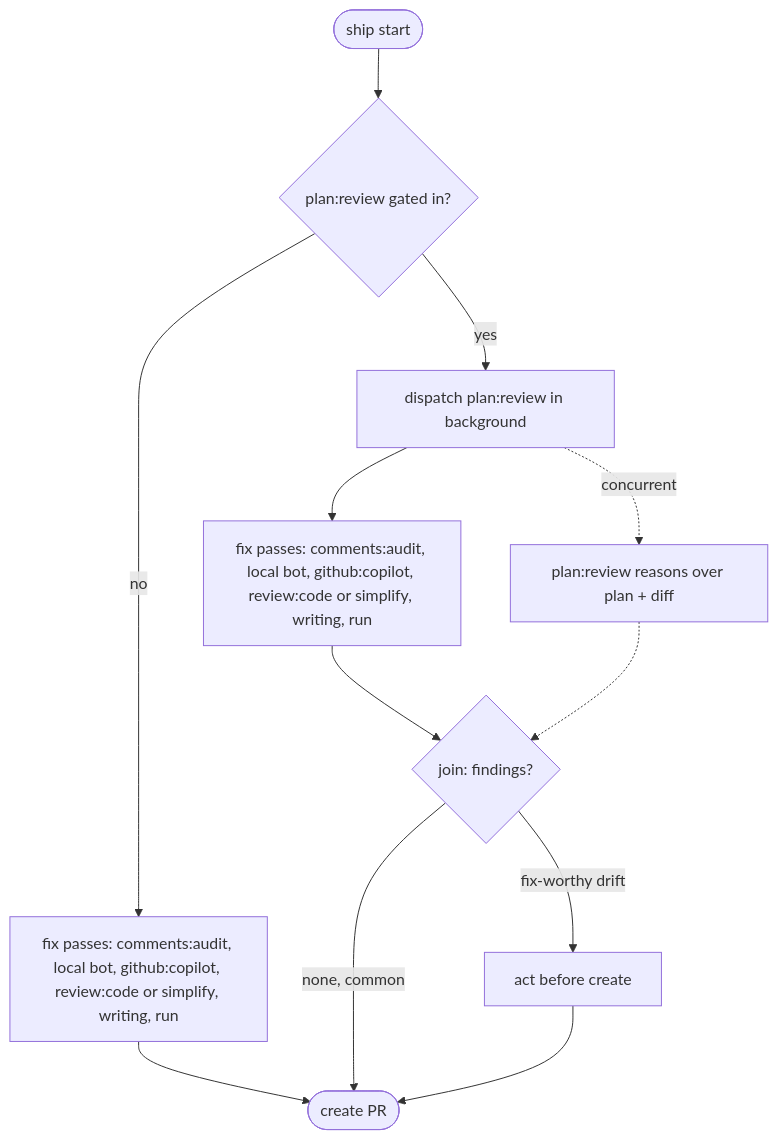
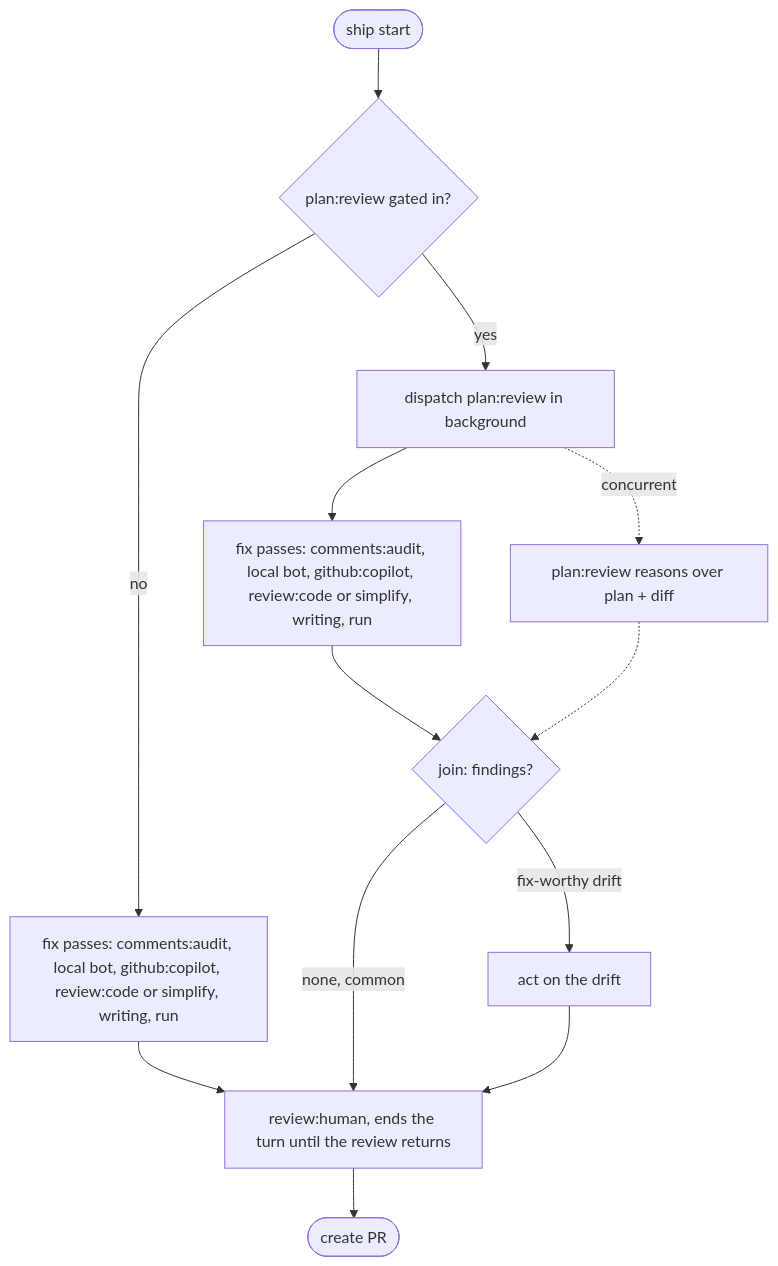
Before and after one commit to bendrucker/claude: the diagram in user/skills/ship/references/passes.md, drawn with Mermaid. The commit also changed other lines of this file and 7 other files, not shown here.

First line of the commit message:
review: add human-review skill (#1408)

````diff
--- a/user/skills/ship/references/passes.md
+++ b/user/skills/ship/references/passes.md
@@ -68,14 +69,15 @@
 ```mermaid
 flowchart TD
     S([ship start]) --> G{plan:review gated in?}
     G -->|no| F1[fix passes: comments:audit, local bot, github:copilot, review:code or simplify, writing, run]
-    F1 --> C([create PR])
+    F1 --> H[review:human, ends the turn until the review returns]
+    H --> C([create PR])
     G -->|yes| D[dispatch plan:review in background]
     D --> F2[fix passes: comments:audit, local bot, github:copilot, review:code or simplify, writing, run]
     D -. concurrent .-> R[plan:review reasons over plan + diff]
     F2 --> J{join: findings?}
     R -.-> J
-    J -->|fix-worthy drift| A[act before create]
-    J -->|none, common| C
-    A --> C
+    J -->|fix-worthy drift| A[act on the drift]
+    J -->|none, common| H
+    A --> H
 ```
````
